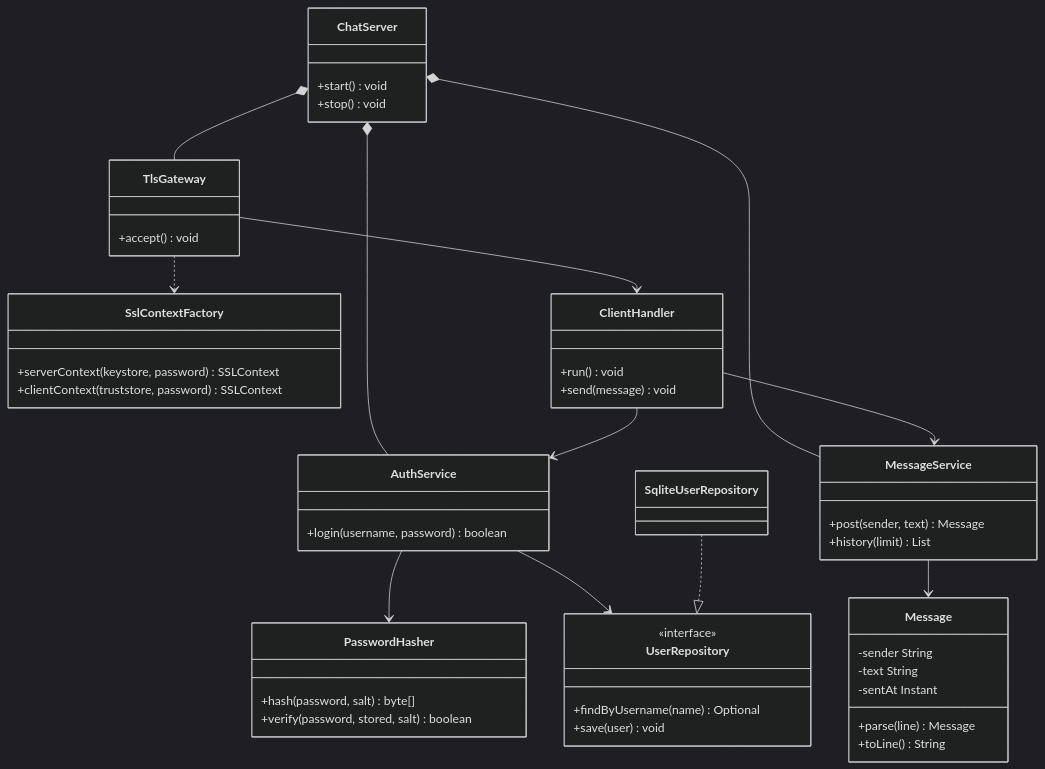
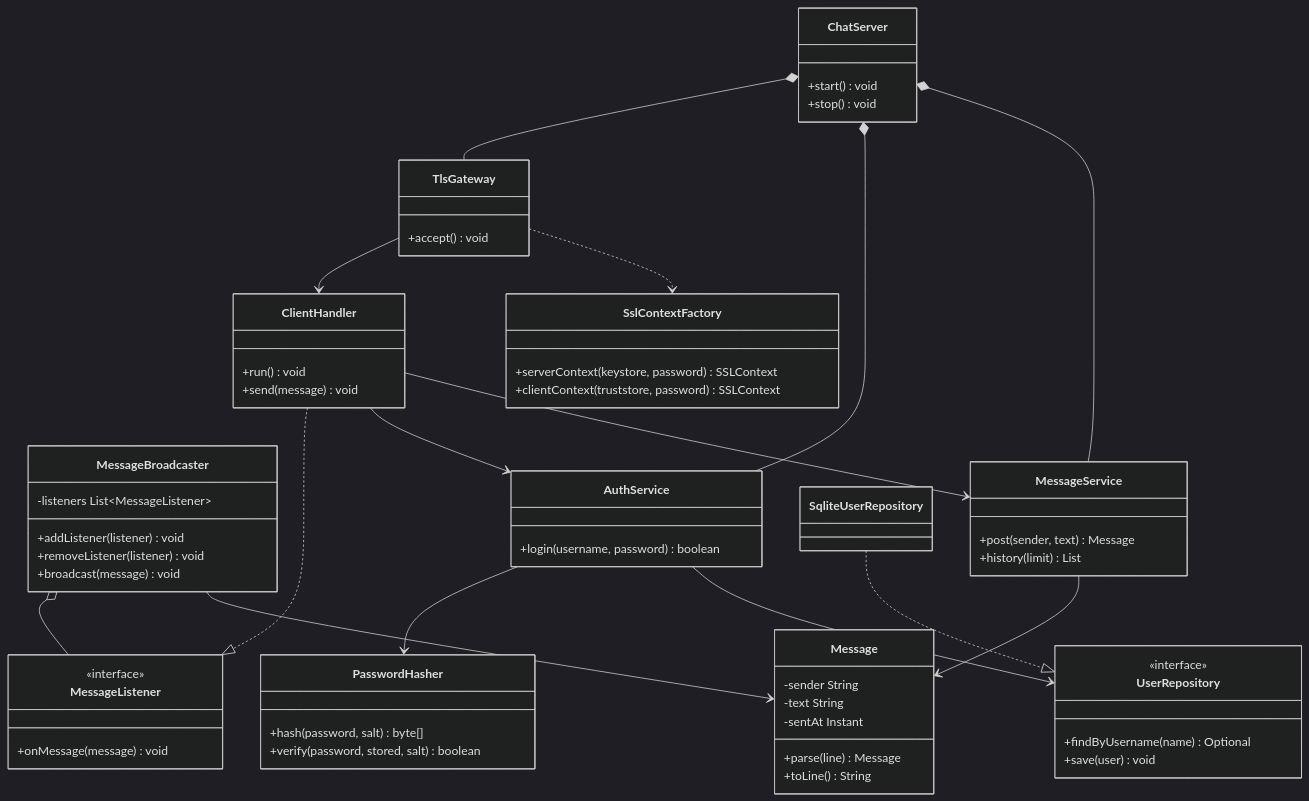
One commit to Zacklayr/TLS-chat changed the second of 5 diagrams in README.md. Above: the diagram before and after it, drawn with Mermaid (dark theme). The commit also changed other lines of this file and 4 other files, not shown here.

````diff
--- a/README.md
+++ b/README.md
@@ -95,54 +101,67 @@
 ```mermaid
 classDiagram
     class ChatServer {
       +start() void
       +stop() void
     }
     class SslContextFactory {
       +serverContext(keystore, password) SSLContext
       +clientContext(truststore, password) SSLContext
     }
     class TlsGateway {
       +accept() void
     }
     class ClientHandler {
       +run() void
       +send(message) void
+    }
+    class MessageBroadcaster {
+      -listeners List~MessageListener~
+      +addListener(listener) void
+      +removeListener(listener) void
+      +broadcast(message) void
+    }
+    class MessageListener {
+      <<interface>>
+      +onMessage(message) void
     }
     class AuthService {
       +login(username, password) boolean
     }
     class PasswordHasher {
       +hash(password, salt) byte[]
       +verify(password, stored, salt) boolean
     }
     class MessageService {
       +post(sender, text) Message
       +history(limit) List
     }
     class Message {
       -sender String
       -text String
       -sentAt Instant
       +parse(line) Message
       +toLine() String
     }
     class UserRepository {
       <<interface>>
       +findByUsername(name) Optional
       +save(user) void
     }
     class SqliteUserRepository
 
     ChatServer *-- TlsGateway
     ChatServer *-- AuthService
     ChatServer *-- MessageService
     TlsGateway --> ClientHandler
     TlsGateway ..> SslContextFactory
+    ClientHandler ..|> MessageListener
+    MessageBroadcaster o-- MessageListener
+    MessageBroadcaster --> Message
     ClientHandler --> AuthService
     ClientHandler --> MessageService
     AuthService --> PasswordHasher
     AuthService --> UserRepository
     MessageService --> Message
     SqliteUserRepository ..|> UserRepository
 ```
````
